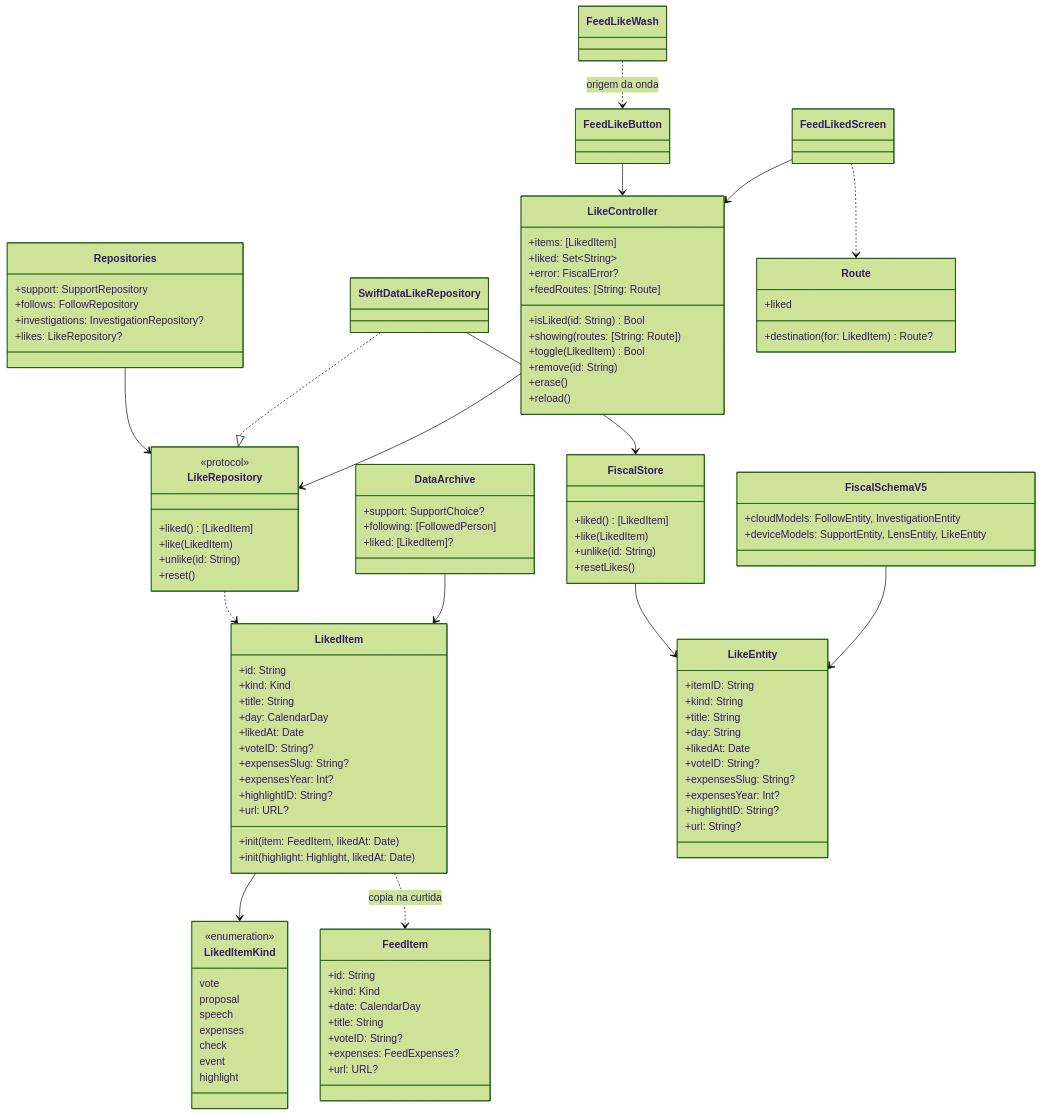
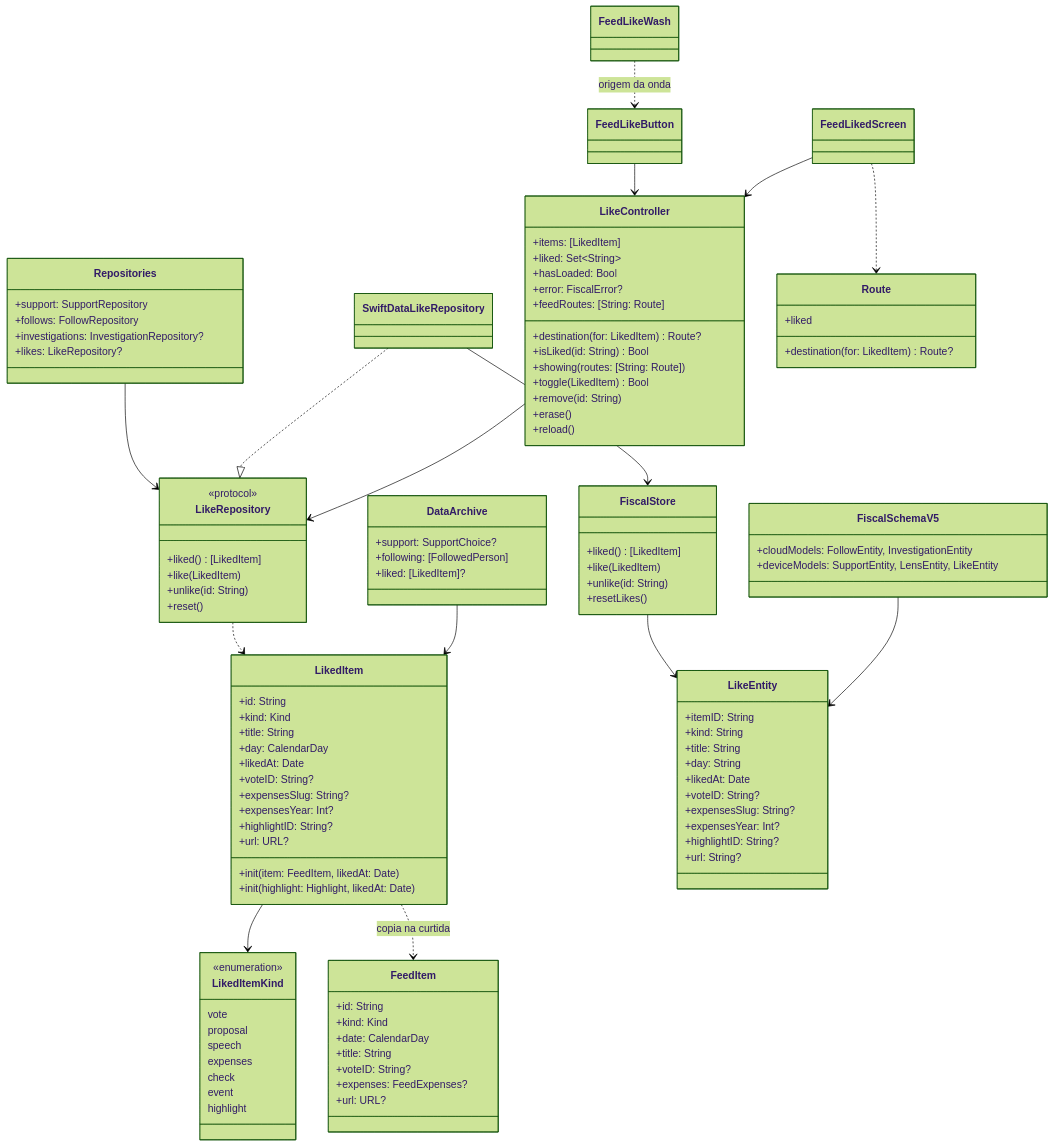
Before and after one commit to byescaleira/fiscal: the diagram in spdd/prompt/FSC-024-202611061418-[Feat]-feed-like-with-ripple.md, drawn with Mermaid (forest theme). The commit also changed other lines of this file and 4 other files, not shown here.

```diff
--- a/spdd/prompt/FSC-024-202611061418-[Feat]-feed-like-with-ripple.md
+++ b/spdd/prompt/FSC-024-202611061418-[Feat]-feed-like-with-ripple.md
@@ -143,7 +143,9 @@
     class LikeController {
         +items: [LikedItem]
         +liked: Set~String~
+        +hasLoaded: Bool
         +error: FiscalError?
+        +destination(for: LikedItem) Route?
         +feedRoutes: [String: Route]
         +isLiked(id: String) Bool
         +showing(routes: [String: Route])
```
